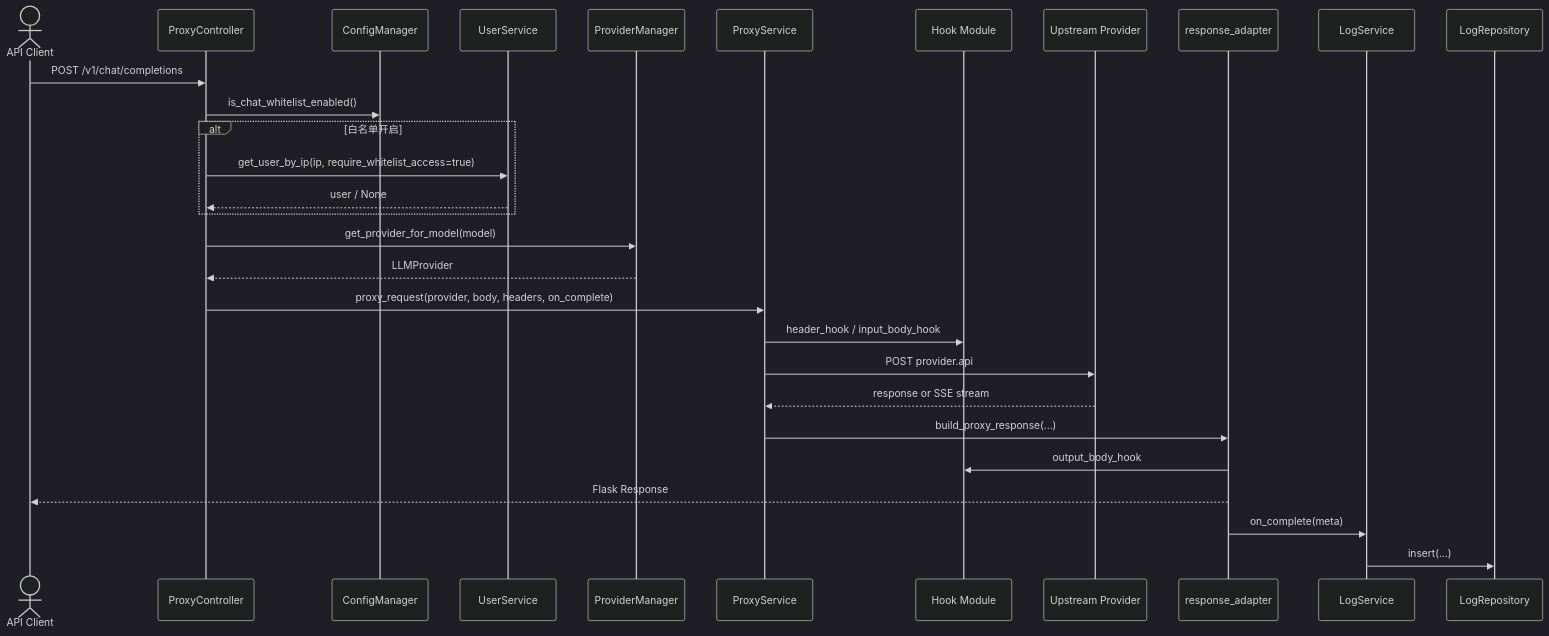
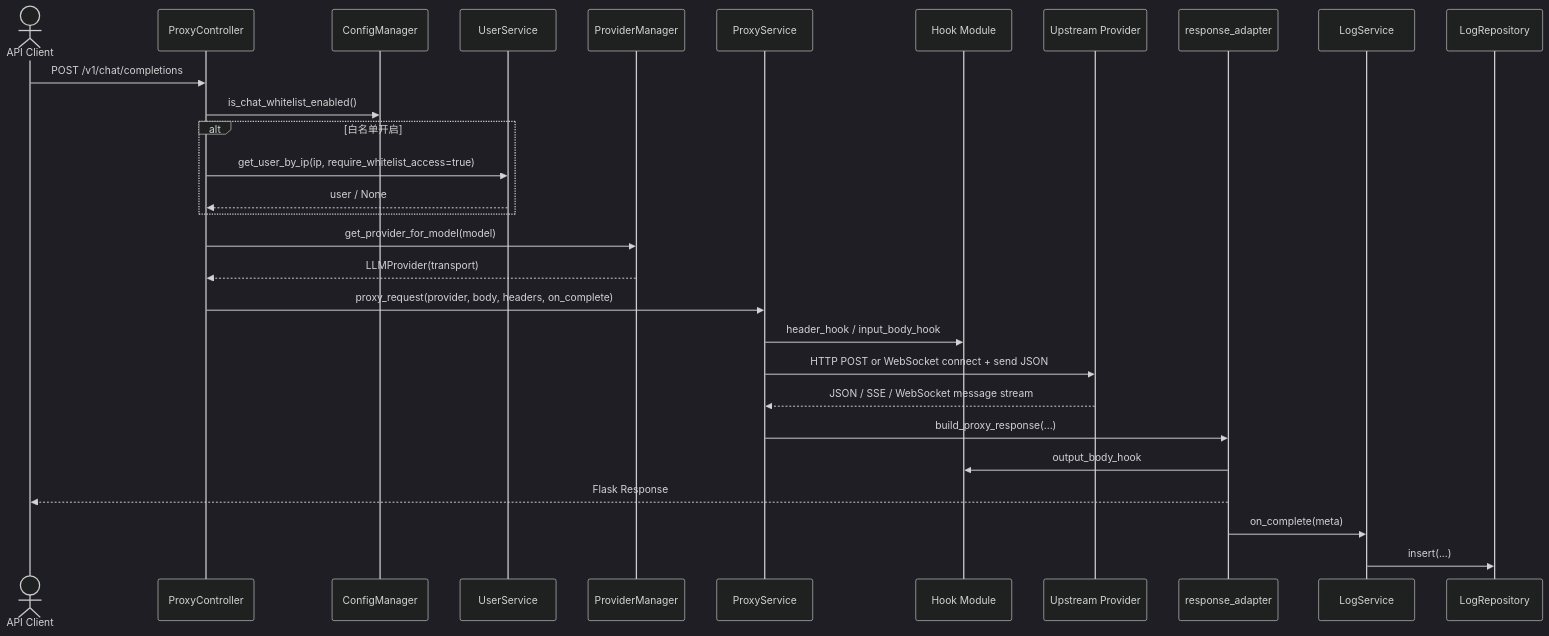
Before and after one commit to VonSdite/LLM_Proxy: the eighth of 9 diagrams in docs/architecture-4plus1.md, drawn with Mermaid (dark theme). The commit also changed other lines of this file and 21 other files, not shown here.

````diff
--- a/docs/architecture-4plus1.md
+++ b/docs/architecture-4plus1.md
@@ -362,34 +367,34 @@
 ```mermaid
 sequenceDiagram
     actor Client as API Client
     participant ProxyCtl as ProxyController
     participant ConfigMgr as ConfigManager
     participant UserSvc as UserService
     participant ProviderMgr as ProviderManager
     participant ProxySvc as ProxyService
     participant Hook as Hook Module
     participant Upstream as Upstream Provider
     participant Adapter as response_adapter
     participant LogSvc as LogService
     participant LogRepo as LogRepository
 
     Client->>ProxyCtl: POST /v1/chat/completions
     ProxyCtl->>ConfigMgr: is_chat_whitelist_enabled()
 
     alt 白名单开启
         ProxyCtl->>UserSvc: get_user_by_ip(ip, require_whitelist_access=true)
         UserSvc-->>ProxyCtl: user / None
     end
 
     ProxyCtl->>ProviderMgr: get_provider_for_model(model)
-    ProviderMgr-->>ProxyCtl: LLMProvider
+    ProviderMgr-->>ProxyCtl: LLMProvider(transport)
     ProxyCtl->>ProxySvc: proxy_request(provider, body, headers, on_complete)
     ProxySvc->>Hook: header_hook / input_body_hook
-    ProxySvc->>Upstream: POST provider.api
-    Upstream-->>ProxySvc: response or SSE stream
+    ProxySvc->>Upstream: HTTP POST or WebSocket connect + send JSON
+    Upstream-->>ProxySvc: JSON / SSE / WebSocket message stream
     ProxySvc->>Adapter: build_proxy_response(...)
     Adapter->>Hook: output_body_hook
     Adapter-->>Client: Flask Response
     Adapter->>LogSvc: on_complete(meta)
     LogSvc->>LogRepo: insert(...)
 ```
````
